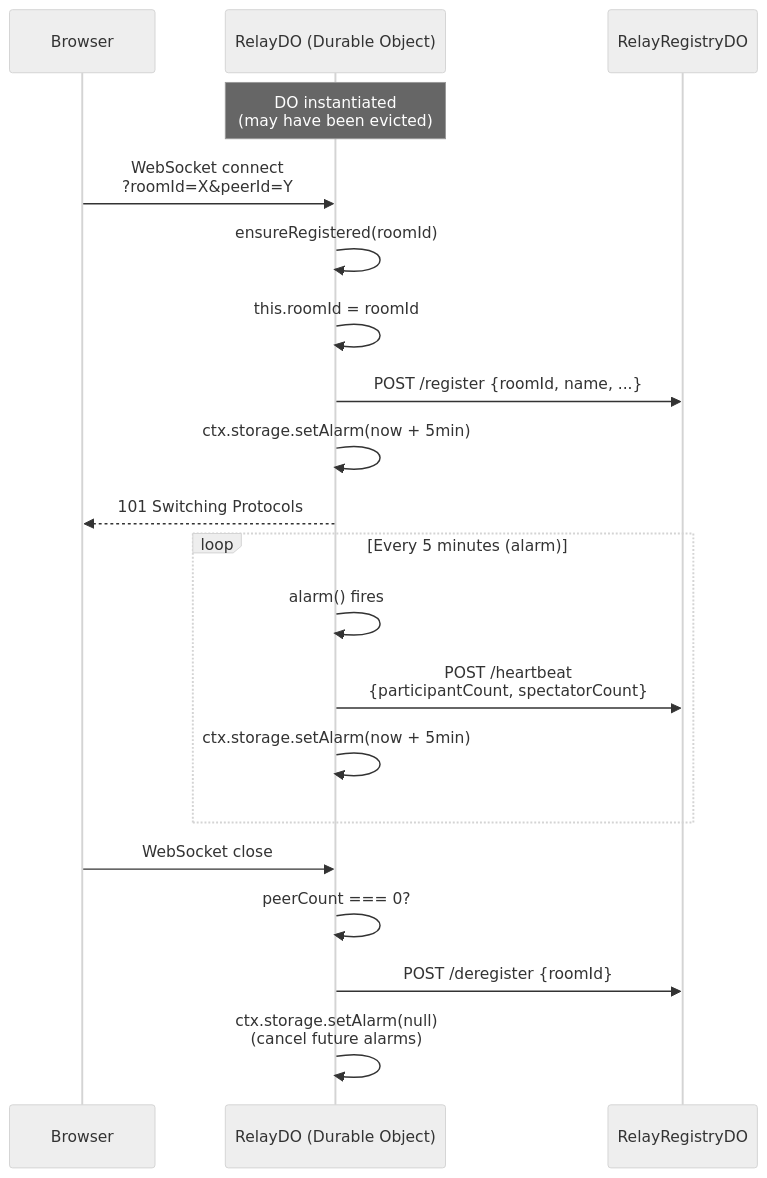
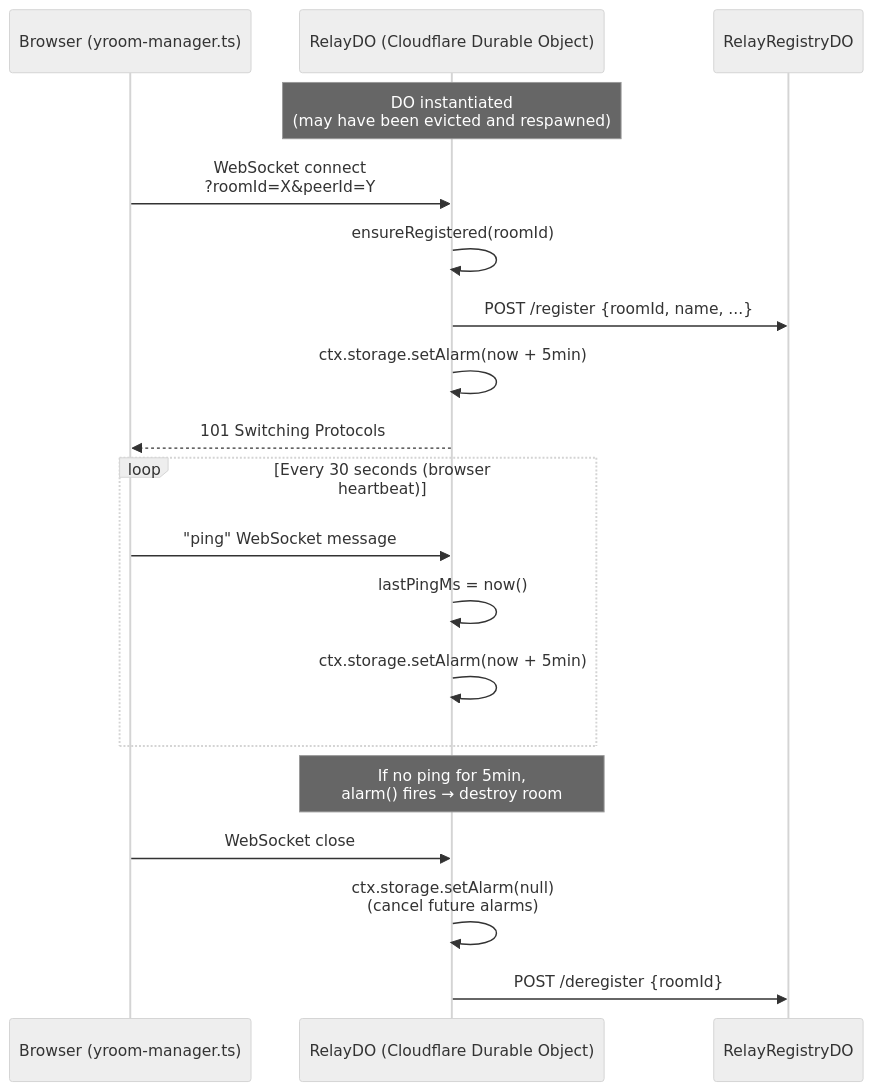
Before and after one commit to NeuralDraftLLC/fatedfortress: the second of 2 diagrams in diagrams/architecture.md, drawn with Mermaid (neutral theme). The commit also changed other lines of this file, not shown here.

Commit message:
docs: sync architecture diagram to actual implementation
- Add asset-sanitizer to edge functions list
- Remove create-payment-intent legacy node (moved to .garbage)
- Update heartbeat sequence: browser pings relay every 30s,
  sliding 5-min alarm window on the Durable Object
- Add yroom-manager.ts to client state subgraph
- Remove legacy CSS class (no longer used)

Made-with: Cursor

````diff
--- a/diagrams/architecture.md
+++ b/diagrams/architecture.md
@@ -244,26 +239,26 @@
 ```mermaid
 sequenceDiagram
-    participant C as Browser
-    participant RDO as RelayDO (Durable Object)
+    participant C as Browser (yroom-manager.ts)
+    participant RDO as RelayDO (Cloudflare Durable Object)
     participant REG as RelayRegistryDO
 
-    Note over RDO: DO instantiated<br/>(may have been evicted)
+    Note over RDO: DO instantiated<br/>(may have been evicted and respawned)
 
     C->>RDO: WebSocket connect<br/>?roomId=X&peerId=Y
     RDO->>RDO: ensureRegistered(roomId)
-    RDO->>RDO: this.roomId = roomId
     RDO->>REG: POST /register {roomId, name, ...}
     RDO->>RDO: ctx.storage.setAlarm(now + 5min)
     RDO-->>C: 101 Switching Protocols
 
-    loop Every 5 minutes (alarm)
-        RDO->>RDO: alarm() fires
-        RDO->>REG: POST /heartbeat<br/>{participantCount, spectatorCount}
+    loop Every 30 seconds (browser heartbeat)
+        C->>RDO: "ping" WebSocket message
+        RDO->>RDO: lastPingMs = now()
         RDO->>RDO: ctx.storage.setAlarm(now + 5min)
     end
 
+    Note over RDO: If no ping for 5min,<br/>alarm() fires → destroy room
+
     C->>RDO: WebSocket close
-    RDO->>RDO: peerCount === 0?
+    RDO->>RDO: ctx.storage.setAlarm(null)<br/>(cancel future alarms)
     RDO->>REG: POST /deregister {roomId}
-    RDO->>RDO: ctx.storage.setAlarm(null)<br/>(cancel future alarms)
 ```
````
